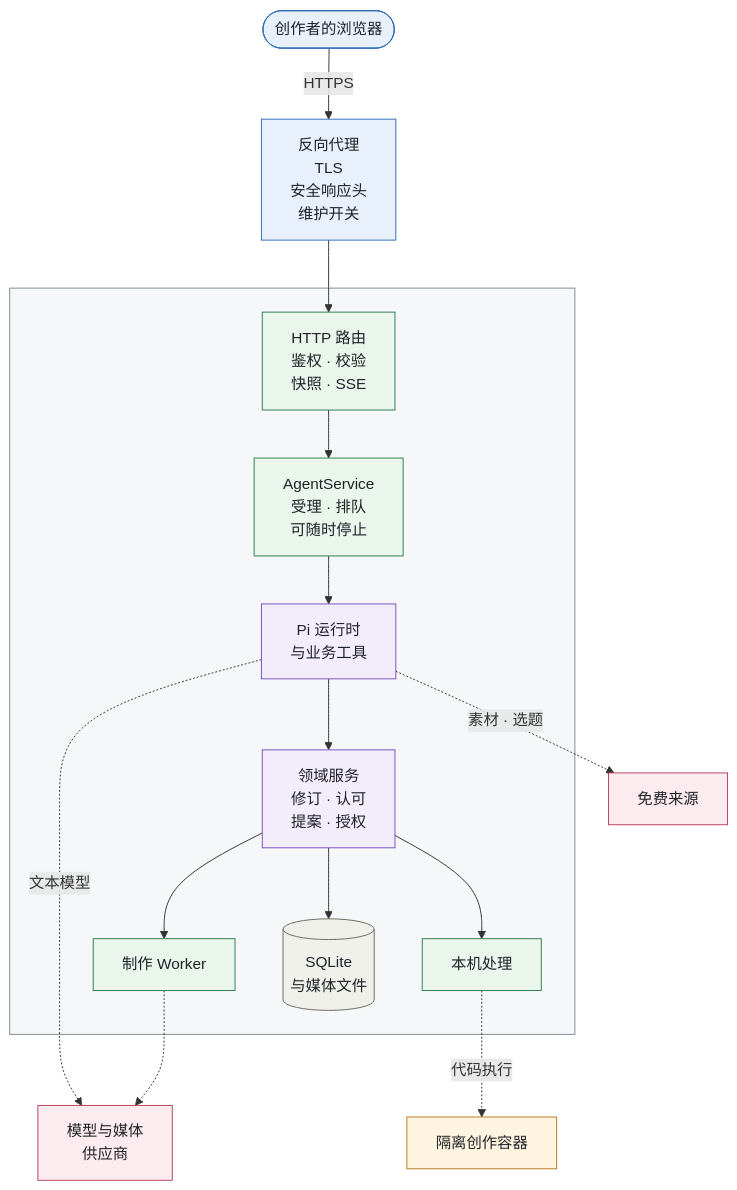
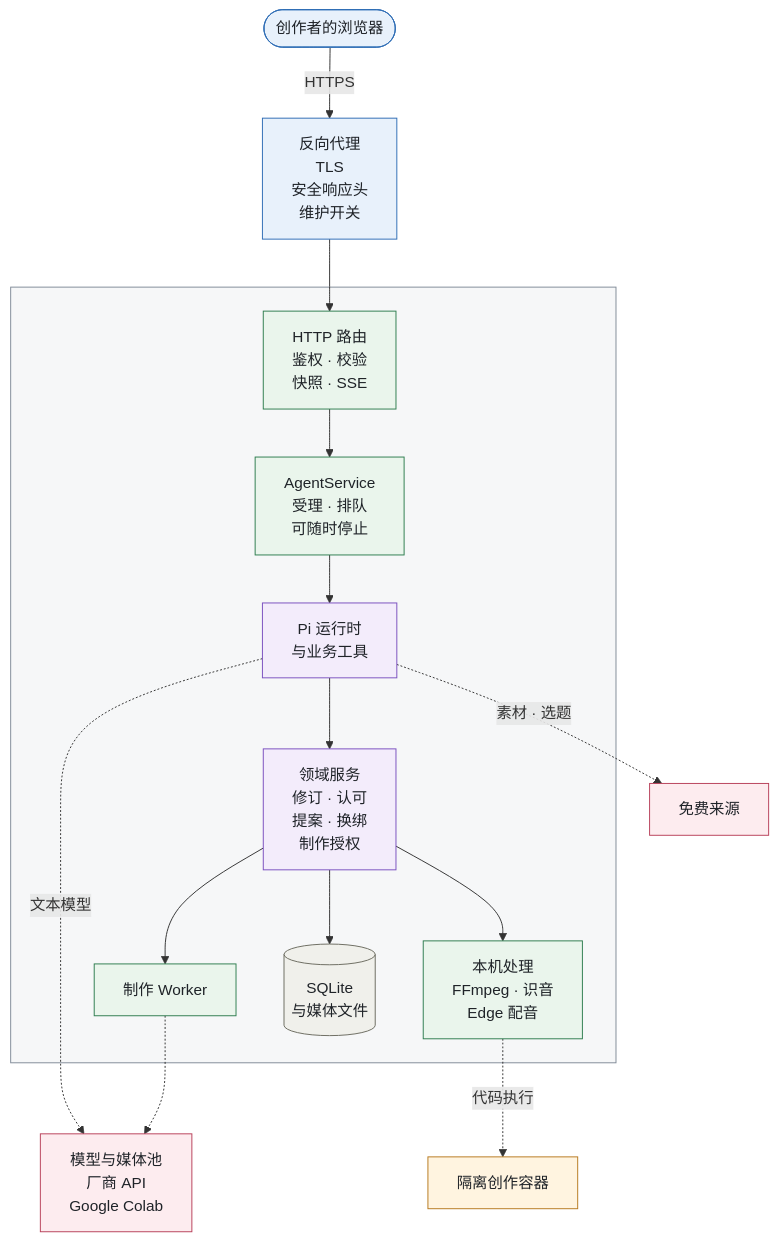
The second of 11 diagrams in README.md (yaoziyaoguai/video-factory), drawn with Mermaid before and after one commit. The commit also changed other lines of this file and 6 other files, not shown here.

Commit message:
docs(readme): refresh hero cover, model pool screenshots, and architecture diagrams [skip ci]

````diff
--- a/README.md
+++ b/README.md
@@ -81,43 +96,43 @@
 ```mermaid
 flowchart TB
   USER(["创作者的浏览器"]) -->|"HTTPS"| PROXY["反向代理<br/>TLS<br/>安全响应头<br/>维护开关"]
 
   subgraph APP[" "]
     ROUTES["HTTP 路由<br/>鉴权 · 校验<br/>快照 · SSE"]
     SERVICE["AgentService<br/>受理 · 排队<br/>可随时停止"]
     RUNTIME["Pi 运行时<br/>与业务工具"]
-    DOMAIN["领域服务<br/>修订 · 认可<br/>提案 · 授权"]
+    DOMAIN["领域服务<br/>修订 · 认可<br/>提案 · 换绑<br/>制作授权"]
     WORKER["制作 Worker"]
-    LOCAL["本机处理"]
+    LOCAL["本机处理<br/>FFmpeg · 识音<br/>Edge 配音"]
     STORAGE[("SQLite<br/>与媒体文件")]
   end
 
   PROXY --> ROUTES
   ROUTES --> SERVICE --> RUNTIME --> DOMAIN
   DOMAIN --> WORKER
   DOMAIN --> LOCAL
   DOMAIN --> STORAGE
 
-  RUNTIME -.->|"文本模型"| VENDORS["模型与媒体<br/>供应商"]
+  RUNTIME -.->|"文本模型"| VENDORS["模型与媒体池<br/>厂商 API<br/>Google Colab"]
   WORKER -.-> VENDORS
   RUNTIME -.->|"素材 · 选题"| FREE["免费来源"]
   LOCAL -.->|"代码执行"| SANDBOX["隔离创作容器"]
 
   %% PAD 是不可见的占位节点，让右下角留白：GitHub 会把缩放按钮叠放在图的右下角
   FREE ~~~ PAD[" "]
   style PAD fill:none,stroke:none
   style APP fill:#818B9812,stroke:#818B98
 
   classDef cUser fill:#E8F1FB,stroke:#2F6DB5,color:#1F2328
   classDef cSvc fill:#EAF5EC,stroke:#2E7D4F,color:#1F2328
   classDef cAgent fill:#F3ECFB,stroke:#7A4FBF,color:#1F2328
   classDef cData fill:#F0F0EB,stroke:#6B6B60,color:#1F2328
   classDef cExt fill:#FDECEF,stroke:#B8405A,color:#1F2328
   classDef cBox fill:#FFF4E0,stroke:#B7791F,color:#1F2328
   class USER,PROXY cUser
   class ROUTES,SERVICE,WORKER,LOCAL cSvc
   class RUNTIME,DOMAIN cAgent
   class STORAGE cData
   class VENDORS,FREE cExt
   class SANDBOX cBox
 ```
````
